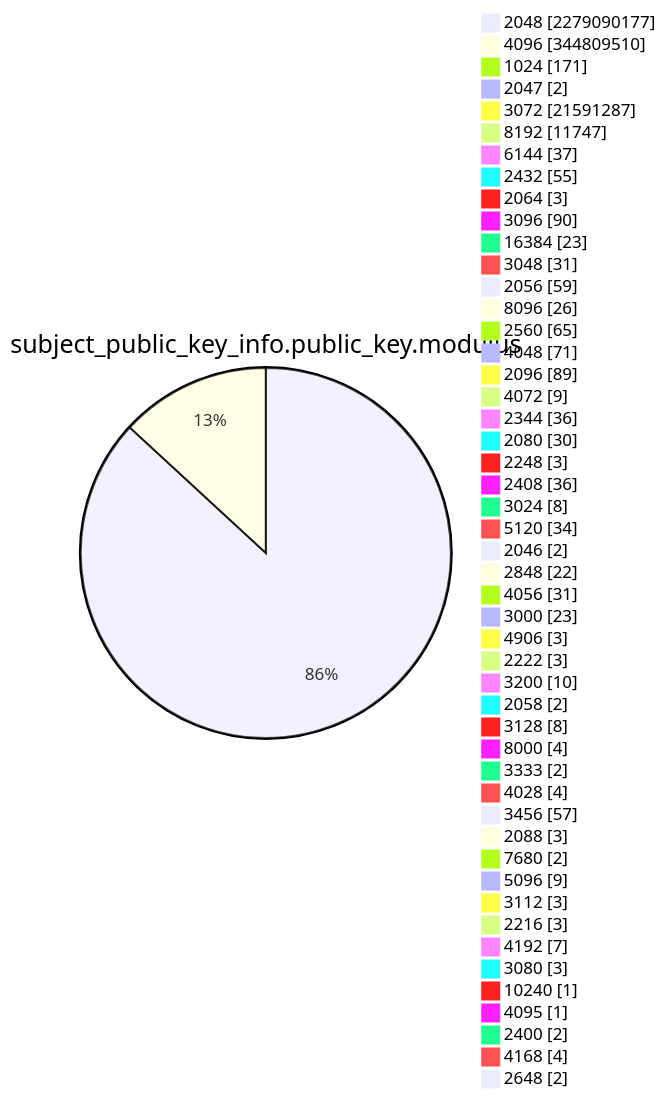
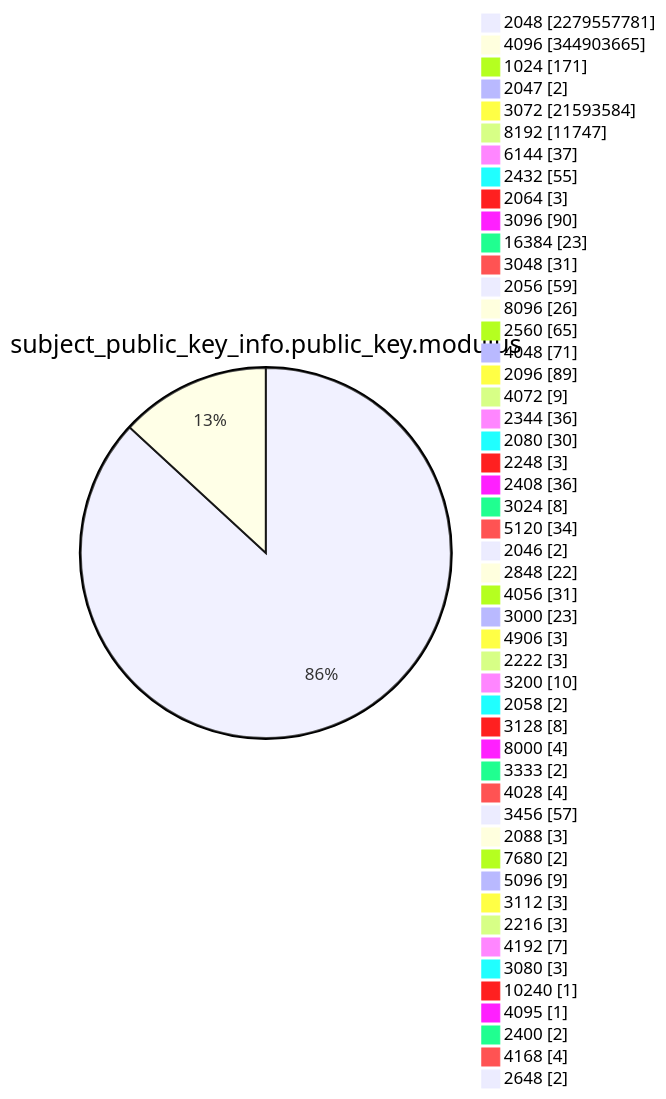
One commit to christiankrug/ctmonitor_visualization changed diagram 13 of 15 in TOTAL/README.md. Above: the diagram before and after it, drawn with Mermaid. The commit also changed other lines of this file, not shown here.

````diff
--- a/TOTAL/README.md
+++ b/TOTAL/README.md
@@ -4165,53 +4165,53 @@
 ```mermaid
 pie showData
 title subject_public_key_info.public_key.modulus
-"2048" :2279090177
-"4096" :344809510
+"2048" :2279557781
+"4096" :344903665
 "1024" :171
 "2047" :2
-"3072" :21591287
+"3072" :21593584
 "8192" :11747
 "6144" :37
 "2432" :55
 "2064" :3
 "3096" :90
 "16384" :23
 "3048" :31
 "2056" :59
 "8096" :26
 "2560" :65
 "4048" :71
 "2096" :89
 "4072" :9
 "2344" :36
 "2080" :30
 "2248" :3
 "2408" :36
 "3024" :8
 "5120" :34
 "2046" :2
 "2848" :22
 "4056" :31
 "3000" :23
 "4906" :3
 "2222" :3
 "3200" :10
 "2058" :2
 "3128" :8
 "8000" :4
 "3333" :2
 "4028" :4
 "3456" :57
 "2088" :3
 "7680" :2
 "5096" :9
 "3112" :3
 "2216" :3
 "4192" :7
 "3080" :3
 "10240" :1
 "4095" :1
 "2400" :2
 "4168" :4
 "2648" :2
 ```
````
